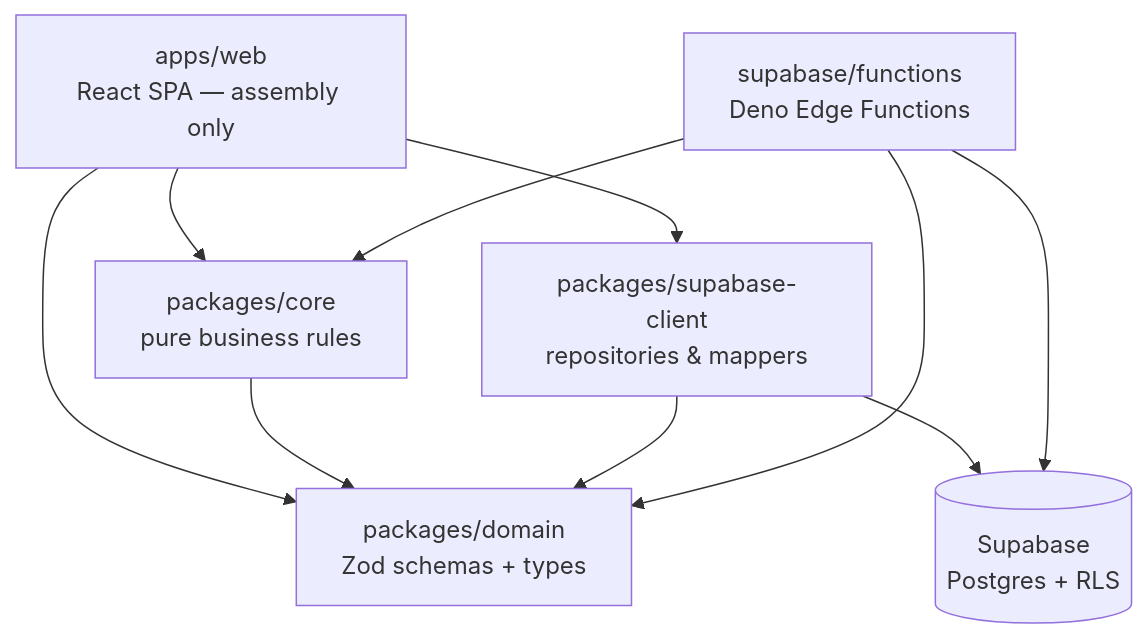
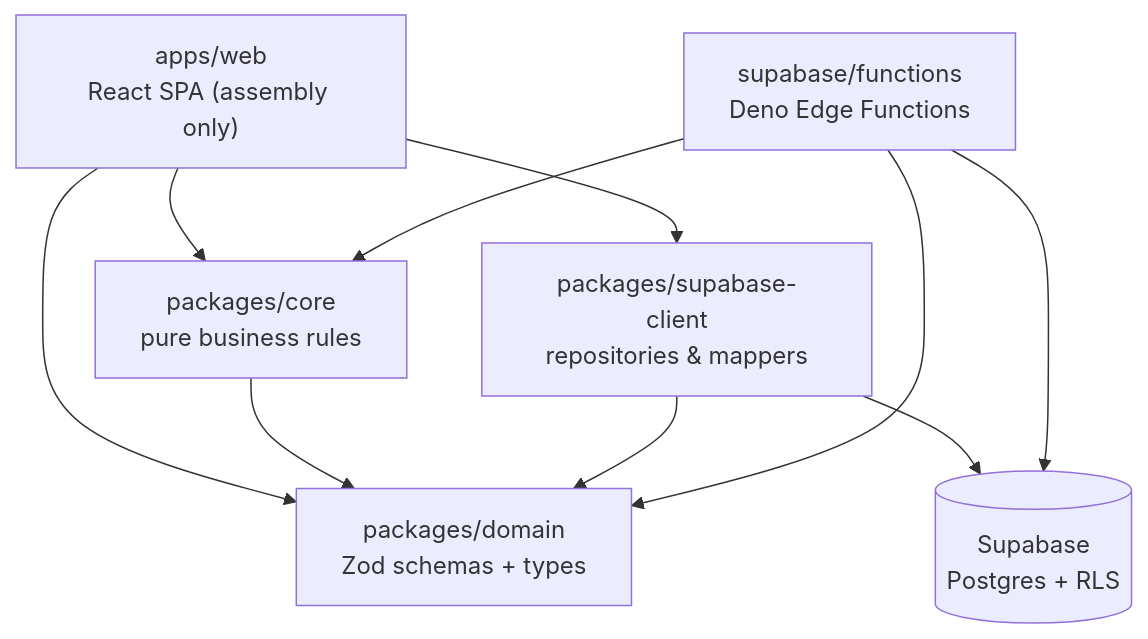
The diagram in README.md (sylwaninn/sorento-monorepo), drawn with Mermaid before and after one commit. The commit also changed other lines of this file, not shown here.

````diff
--- a/README.md
+++ b/README.md
@@ -57,19 +57,19 @@
 ```mermaid
 graph TD
-  web["apps/web<br/>React SPA — assembly only"]
+  web["apps/web<br/>React SPA (assembly only)"]
   core["packages/core<br/>pure business rules"]
   domain["packages/domain<br/>Zod schemas + types"]
   client["packages/supabase-client<br/>repositories & mappers"]
   functions["supabase/functions<br/>Deno Edge Functions"]
   db[("Supabase<br/>Postgres + RLS")]
 
   web --> core
   web --> domain
   web --> client
   core --> domain
   client --> domain
   client --> db
   functions --> core
   functions --> domain
   functions --> db
 ```
````
